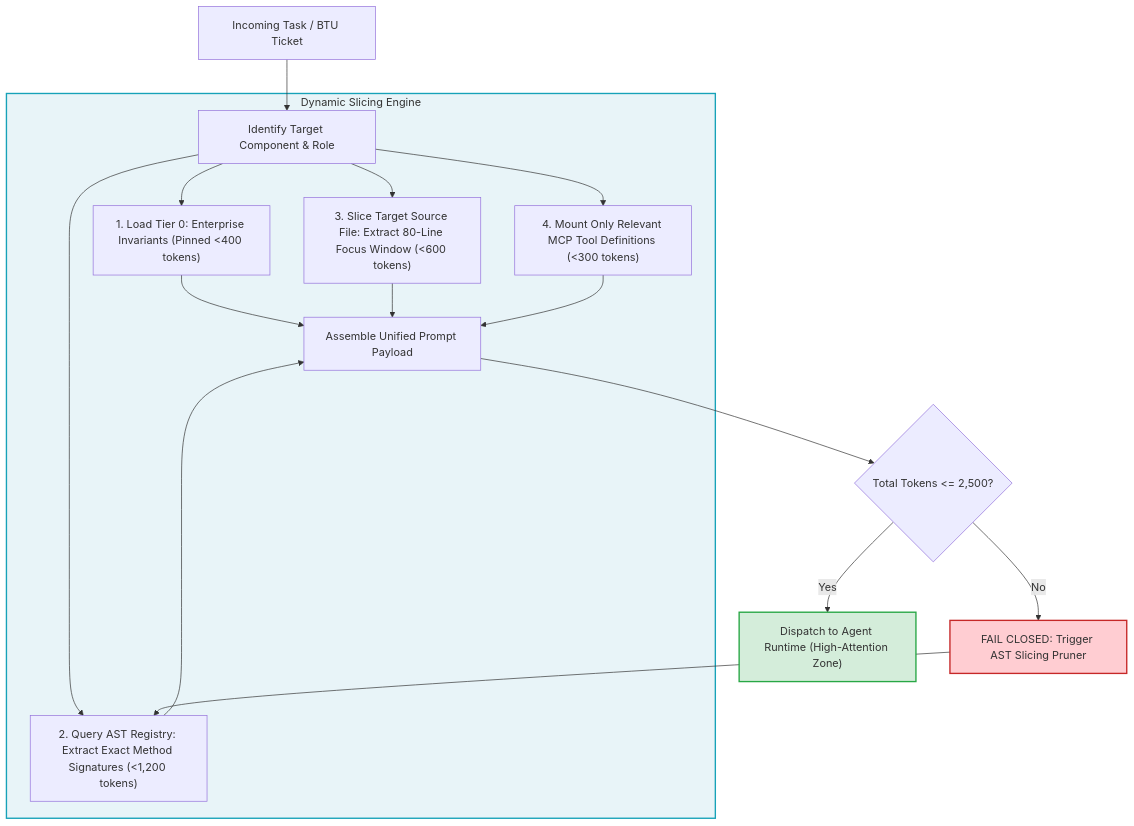
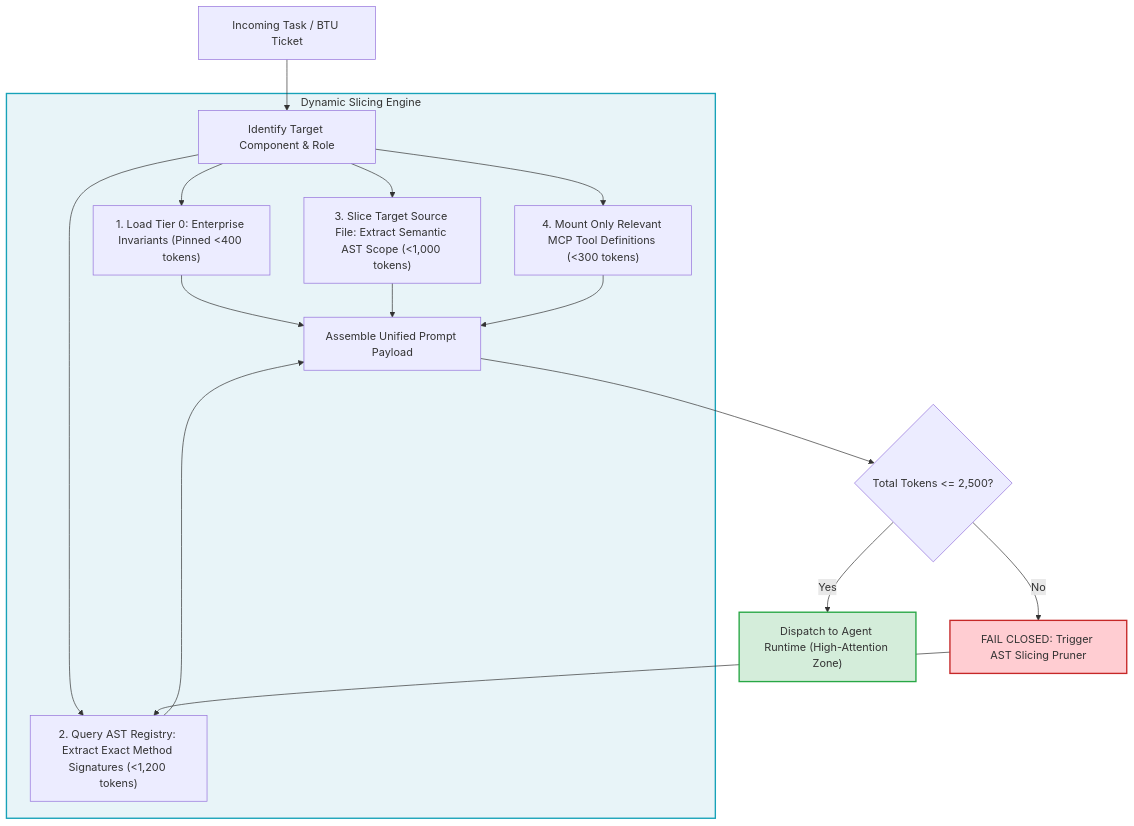
The diagram in 09_ai_agent_orchestration/04_context_mapping_matrix.md (bdchang403/AI_Software_Foundations), drawn with Mermaid before and after one commit. The commit also changed other lines of this file and 64 other files, not shown here.

````diff
--- a/09_ai_agent_orchestration/04_context_mapping_matrix.md
+++ b/09_ai_agent_orchestration/04_context_mapping_matrix.md
@@ -46,22 +46,22 @@
 ```mermaid
 flowchart TD
     A["Incoming Task / BTU Ticket"] --> B["Identify Target Component & Role"]
     
     subgraph Context_Assembly ["Dynamic Slicing Engine"]
         B --> C["1. Load Tier 0: Enterprise Invariants (Pinned <400 tokens)"]
         B --> D["2. Query AST Registry: Extract Exact Method Signatures (<1,200 tokens)"]
-        B --> E["3. Slice Target Source File: Extract 80-Line Focus Window (<600 tokens)"]
+        B --> E["3. Slice Target Source File: Extract Semantic AST Scope (<1,000 tokens)"]
         B --> F["4. Mount Only Relevant MCP Tool Definitions (<300 tokens)"]
         
         C & D & E & F --> G["Assemble Unified Prompt Payload"]
     end
 
     G --> H{"Total Tokens <= 2,500?"}
     H -- "Yes" --> I["Dispatch to Agent Runtime (High-Attention Zone)"]
     H -- "No" --> J["FAIL CLOSED: Trigger AST Slicing Pruner"]
     J --> D
 
     style Context_Assembly fill:#e8f4f8,stroke:#17a2b8,stroke-width:2px;
     style I fill:#d4edda,stroke:#28a745,stroke-width:2px;
     style J fill:#ffcdd2,stroke:#c62828,stroke-width:2px;
 ```
````
